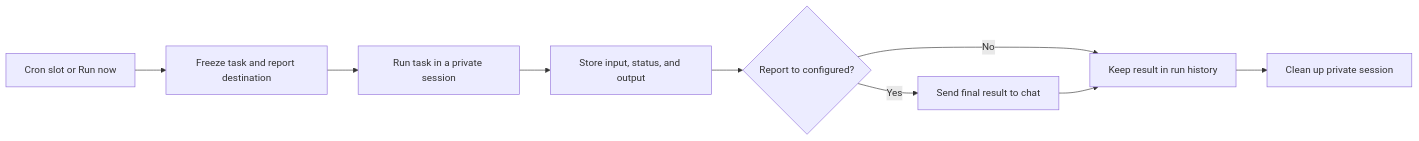
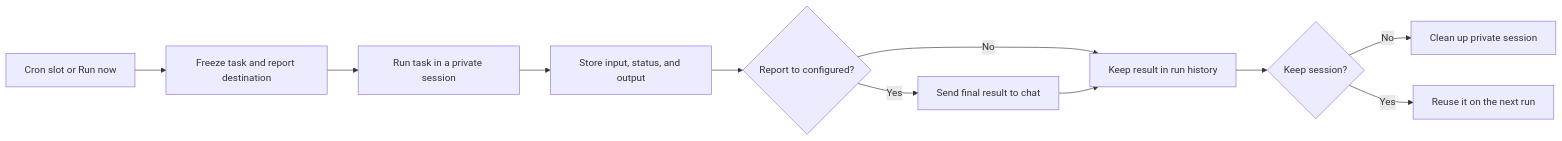
One commit to baldaworks/balda changed the diagram in docs/features/schedules.md. Above: the diagram before and after it, drawn with Mermaid. The commit also changed other lines of this file and 37 other files, not shown here.

````diff
--- a/docs/features/schedules.md
+++ b/docs/features/schedules.md
@@ -147,11 +151,13 @@
 ```mermaid
 flowchart LR
     Trigger["Cron slot or Run now"] --> Snapshot["Freeze task and report destination"]
     Snapshot --> Session["Run task in a private session"]
     Session --> Store["Store input, status, and output"]
     Store --> Report{"Report to configured?"}
     Report -->|Yes| Deliver["Send final result to chat"]
     Report -->|No| History["Keep result in run history"]
     Deliver --> History
-    History --> Cleanup["Clean up private session"]
+    History --> Retain{"Keep session?"}
+    Retain -->|No| Cleanup["Clean up private session"]
+    Retain -->|Yes| Reuse["Reuse it on the next run"]
 ```
````
